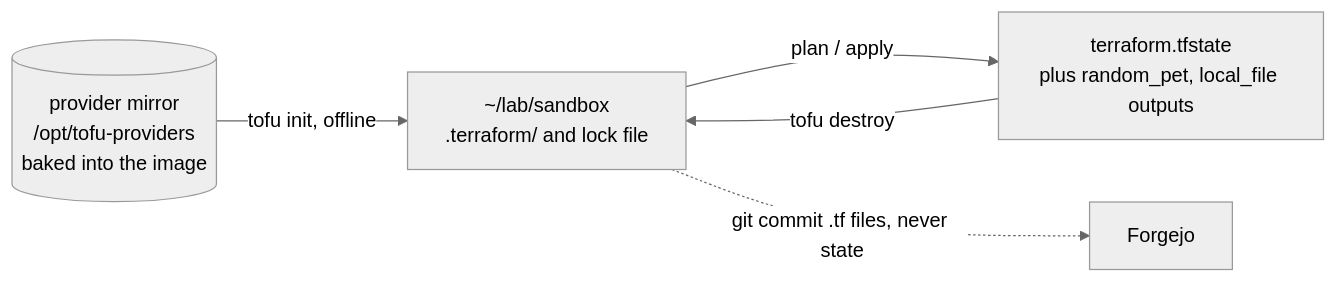
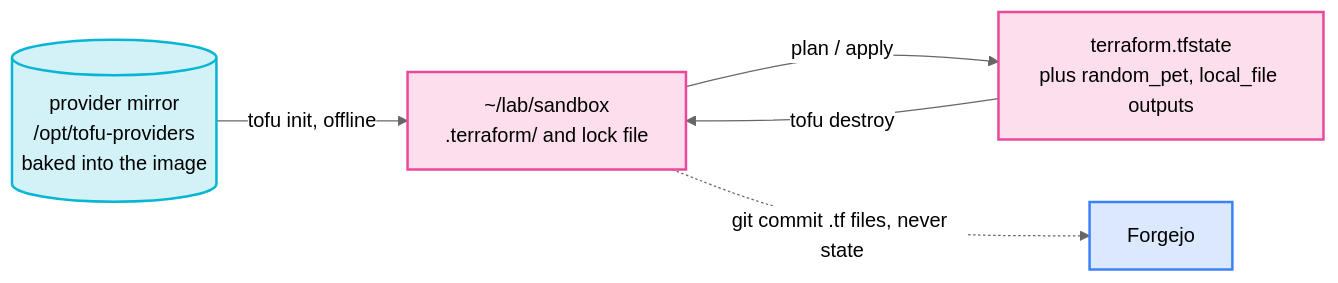
The tenth of 11 diagrams in README.md (fiddler110/GitOps_Dojo), drawn with Mermaid (neutral theme) before and after one commit. The commit also changed other lines of this file, not shown here.

First line of the commit message:
Colour the README diagrams by role

````diff
--- a/README.md
+++ b/README.md
@@ -504,7 +604,14 @@
 ```mermaid
 graph LR
     M[("provider mirror<br/>/opt/tofu-providers<br/>baked into the image")] -->|"tofu init, offline"| WD["~/lab/sandbox<br/>.terraform/ and lock file"]
     WD -->|"plan / apply"| ST["terraform.tfstate<br/>plus random_pet, local_file outputs"]
     ST -->|"tofu destroy"| WD
     WD -.->|"git commit .tf files, never state"| GS["Forgejo"]
+
+    classDef content fill:#ec48992e,stroke:#ec4899,stroke-width:2px
+    classDef core fill:#3b82f62e,stroke:#3b82f6,stroke-width:2px
+    classDef store fill:#06b6d42e,stroke:#06b6d4,stroke-width:2px
+    class WD,ST content
+    class GS core
+    class M store
 ```
````
